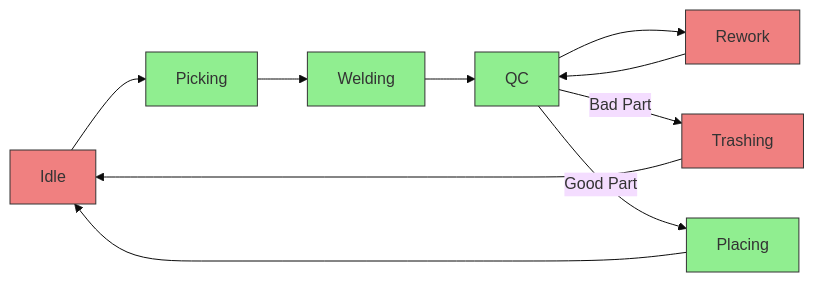
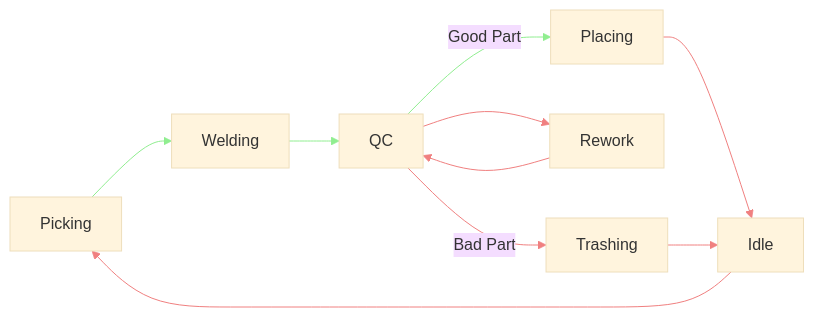
The first of 2 diagrams in README.md (claret-srl/ROMANTIG), drawn with Mermaid (base theme) before and after one commit. The commit also changed other lines of this file, not shown here.

````diff
--- a/README.md
+++ b/README.md
@@ -66,14 +66,13 @@
 ```mermaid
 flowchart LR
-    Idle --> Picking --> Welding --> QC
+    Picking --> Welding --> QC
+    QC -- Good Part --> Placing
     QC --> Rework --> QC
-    QC -- Bad Part --> Trashing --> Idle
-    QC -- Good Part --> Placing --> Idle
+    QC -- Bad Part --> Trashing
+    Placing & Trashing --> Idle --> Picking
 
-classDef upTime fill:lightgreen,stroke:#333,color:#333
-classDef downTime fill:LightCoral,stroke:#333,color:#333
-classDef upDownTime fill:#f7dc6f,stroke:#333,color:#333
+class Picking,Placing,QC,Welding,upTime,Idle,Trashing,Rework,QC_Rework Gainsboro
 
-class Picking,Placing,QC,Welding,upTime upTime
-class Idle,Trashing,Rework,QC_Rework,downTime downTime
+linkStyle 0,1,2 stroke:lightgreen;
+linkStyle 3,4,5,6,7,8 stroke:LightCoral;
 ```
````
